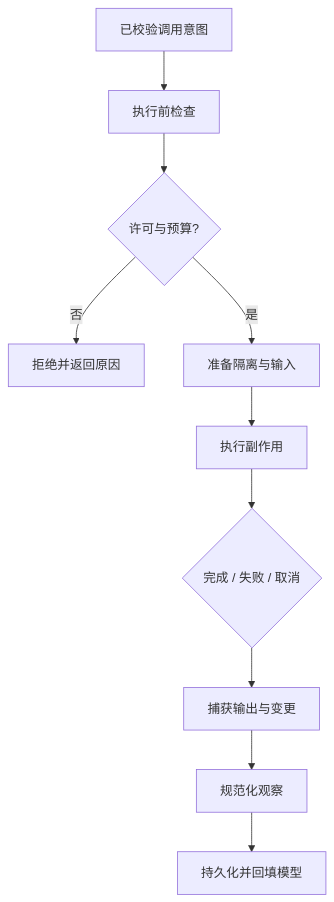
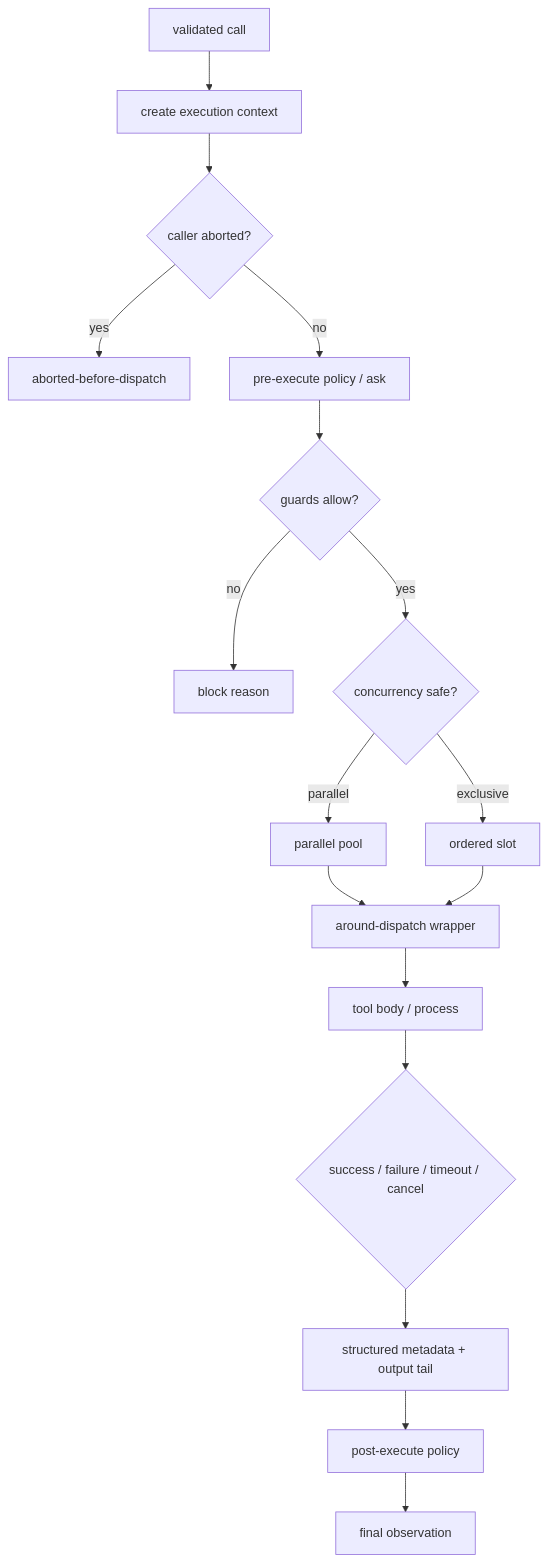
The first of 2 diagrams in tutorial/zh-CN/02-harness-mechanics/tool-execution.md (xiaoslin9153/awesome-agent-harness-tutorial), drawn with Mermaid before and after one commit. The commit also changed other lines of this file and 3 other files, not shown here.

Commit message:
docs: rewrite tool execution

````diff
--- a/tutorial/zh-CN/02-harness-mechanics/tool-execution.md
+++ b/tutorial/zh-CN/02-harness-mechanics/tool-execution.md
@@ -34,12 +55,19 @@
 ```mermaid
 flowchart TD
-  A[已校验调用意图] --> B[执行前检查]
-  B --> C{许可与预算?}
-  C -- 否 --> D[拒绝并返回原因]
-  C -- 是 --> E[准备隔离与输入]
-  E --> F[执行副作用]
-  F --> G{完成 / 失败 / 取消}
-  G --> H[捕获输出与变更]
-  H --> I[规范化观察]
-  I --> J[持久化并回填模型]
+  A[validated call] --> B[create execution context]
+  B --> C{caller aborted?}
+  C -- yes --> Z[aborted-before-dispatch]
+  C -- no --> D[pre-execute policy / ask]
+  D --> E{guards allow?}
+  E -- no --> Y[block reason]
+  E -- yes --> F{concurrency safe?}
+  F -- parallel --> G[parallel pool]
+  F -- exclusive --> H[ordered slot]
+  G --> I[around-dispatch wrapper]
+  H --> I
+  I --> J[tool body / process]
+  J --> K{success / failure / timeout / cancel}
+  K --> L[structured metadata + output tail]
+  L --> M[post-execute policy]
+  M --> N[final observation]
 ```
````
